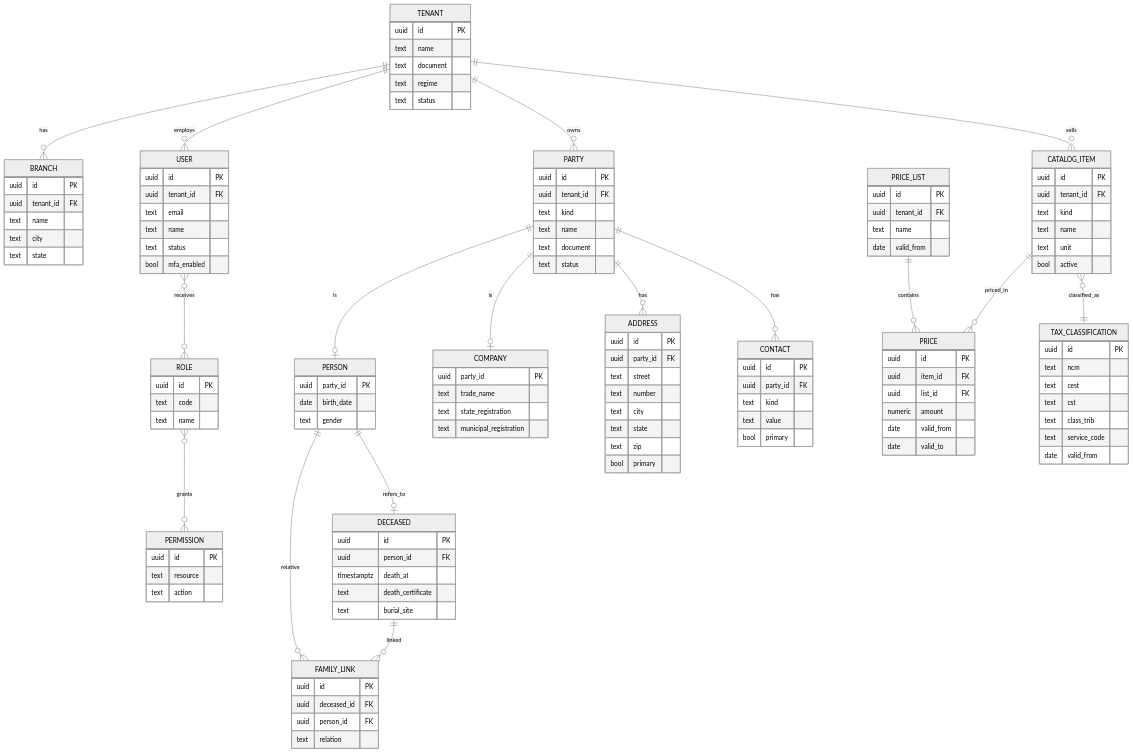
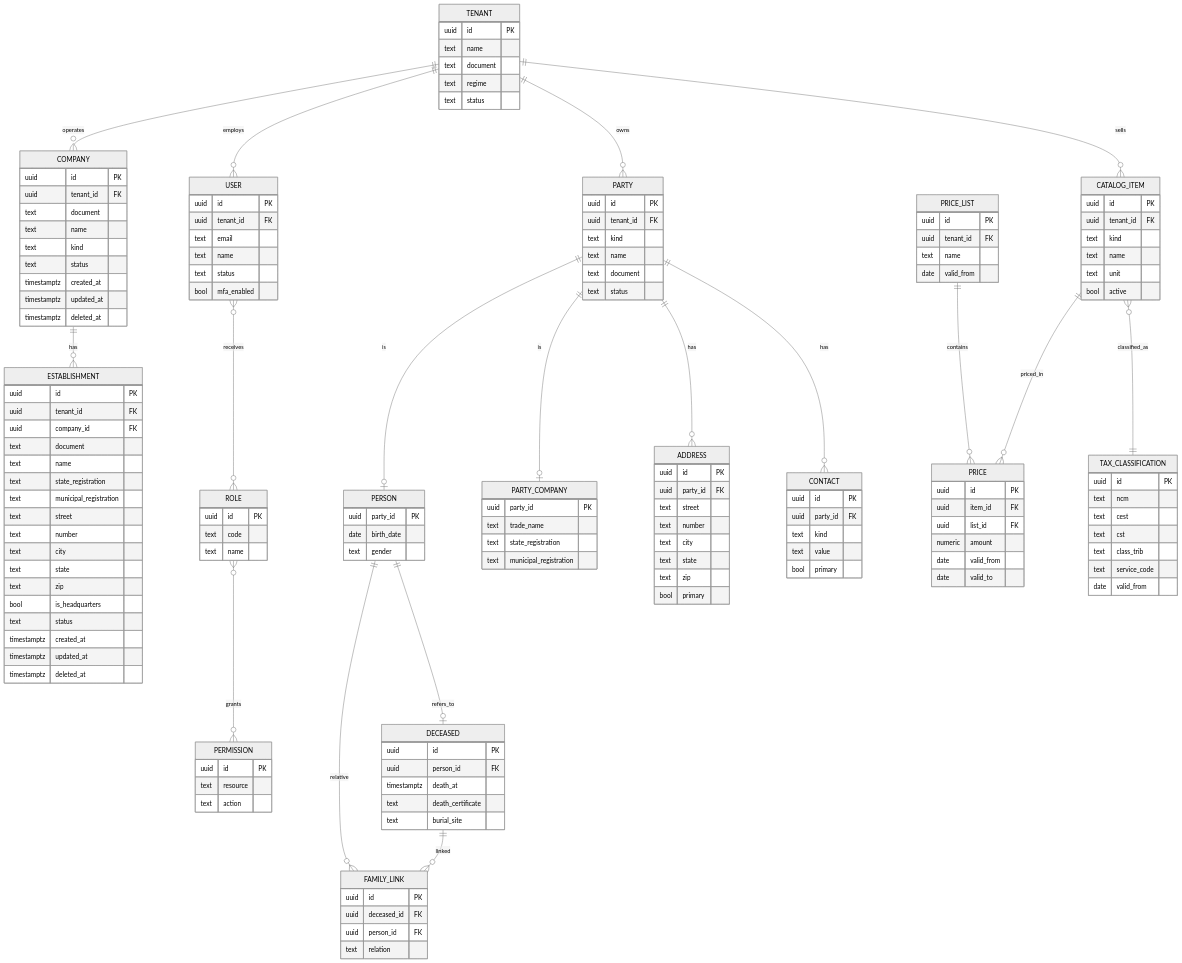
One commit to alltomatos/amparius changed the first of 5 diagrams in docs/data/DER.md. Above: the diagram before and after it, drawn with Mermaid (neutral theme). The commit also changed other lines of this file and 15 other files, not shown here.

````diff
--- a/docs/data/DER.md
+++ b/docs/data/DER.md
@@ -7,12 +9,13 @@
 ```mermaid
 erDiagram
-  TENANT ||--o{ BRANCH : has
+  TENANT ||--o{ COMPANY : operates
+  COMPANY ||--o{ ESTABLISHMENT : has
   TENANT ||--o{ USER : employs
   USER }o--o{ ROLE : receives
   ROLE }o--o{ PERMISSION : grants
   TENANT ||--o{ PARTY : owns
   PARTY ||--o| PERSON : is
-  PARTY ||--o| COMPANY : is
+  PARTY ||--o| PARTY_COMPANY : is
   PARTY ||--o{ ADDRESS : has
   PARTY ||--o{ CONTACT : has
   PERSON ||--o| DECEASED : refers_to
@@ -28,11 +31,32 @@
            text document
            text regime
            text status }
-  BRANCH { uuid id PK
-           uuid tenant_id FK
-           text name
-           text city
-           text state }
+  COMPANY { uuid id PK
+            uuid tenant_id FK
+            text document
+            text name
+            text kind
+            text status
+            timestamptz created_at
+            timestamptz updated_at
+            timestamptz deleted_at }
+  ESTABLISHMENT { uuid id PK
+                  uuid tenant_id FK
+                  uuid company_id FK
+                  text document
+                  text name
+                  text state_registration
+                  text municipal_registration
+                  text street
+                  text number
+                  text city
+                  text state
+                  text zip
+                  bool is_headquarters
+                  text status
+                  timestamptz created_at
+                  timestamptz updated_at
+                  timestamptz deleted_at }
   USER { uuid id PK
          uuid tenant_id FK
          text email
@@ -54,10 +78,10 @@
   PERSON { uuid party_id PK
            date birth_date
            text gender }
-  COMPANY { uuid party_id PK
-            text trade_name
-            text state_registration
-            text municipal_registration }
+  PARTY_COMPANY { uuid party_id PK
+                  text trade_name
+                  text state_registration
+                  text municipal_registration }
   ADDRESS { uuid id PK
             uuid party_id FK
             text street
````
